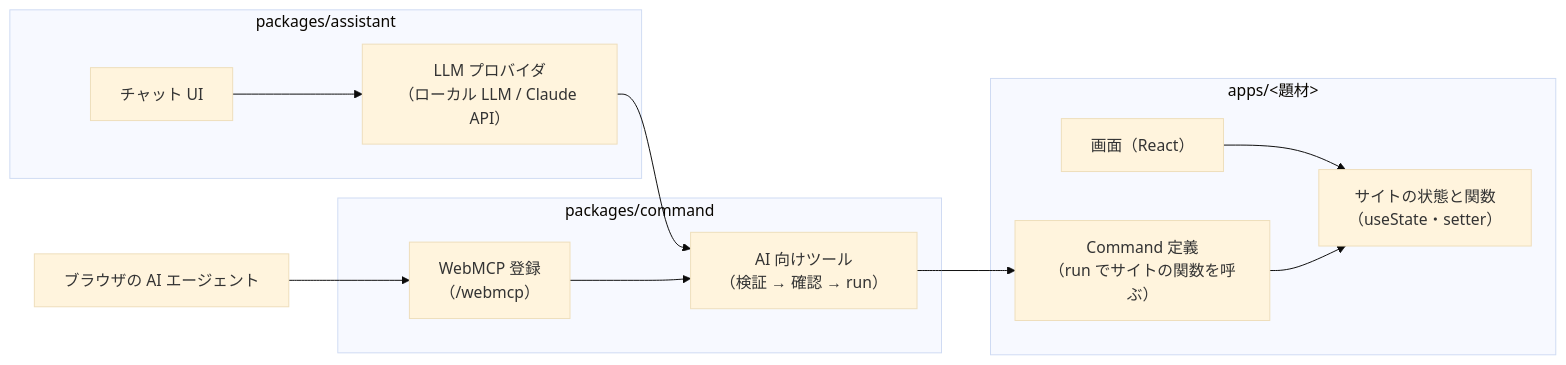
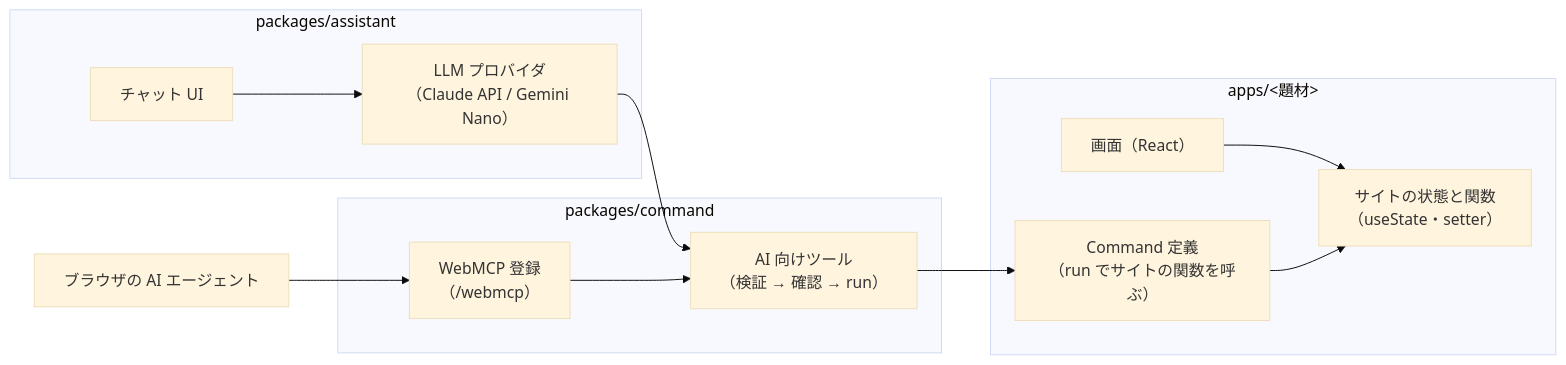
One commit to fujibayashi-ast/ai-friendly changed the diagram in docs/architecture.md. Above: the diagram before and after it, drawn with Mermaid (base theme). The commit also changed other lines of this file and 22 other files, not shown here.

First line of the commit message:
feat: チャットで Claude / Gemini Nano を切り替えられるようにする (#33)

````diff
--- a/docs/architecture.md
+++ b/docs/architecture.md
@@ -5,22 +5,22 @@
 ```mermaid
 flowchart LR
   subgraph app["apps/&lt;題材&gt;"]
     UI["画面（React）"]
     State["サイトの状態と関数<br>（useState・setter）"]
     Defs["Command 定義<br>（run でサイトの関数を呼ぶ）"]
   end
   subgraph assistant["packages/assistant"]
     Chat["チャット UI"]
-    LLM["LLM プロバイダ<br>（ローカル LLM / Claude API）"]
+    LLM["LLM プロバイダ<br>（Claude API / Gemini Nano）"]
   end
   subgraph command["packages/command"]
     Tools["AI 向けツール<br>（検証 → 確認 → run）"]
     WebMCP["WebMCP 登録<br>（/webmcp）"]
   end
   Agent["ブラウザの AI エージェント"]
 
   UI --> State
   Chat --> LLM --> Tools
   Agent --> WebMCP --> Tools
   Tools --> Defs --> State
 ```
````
